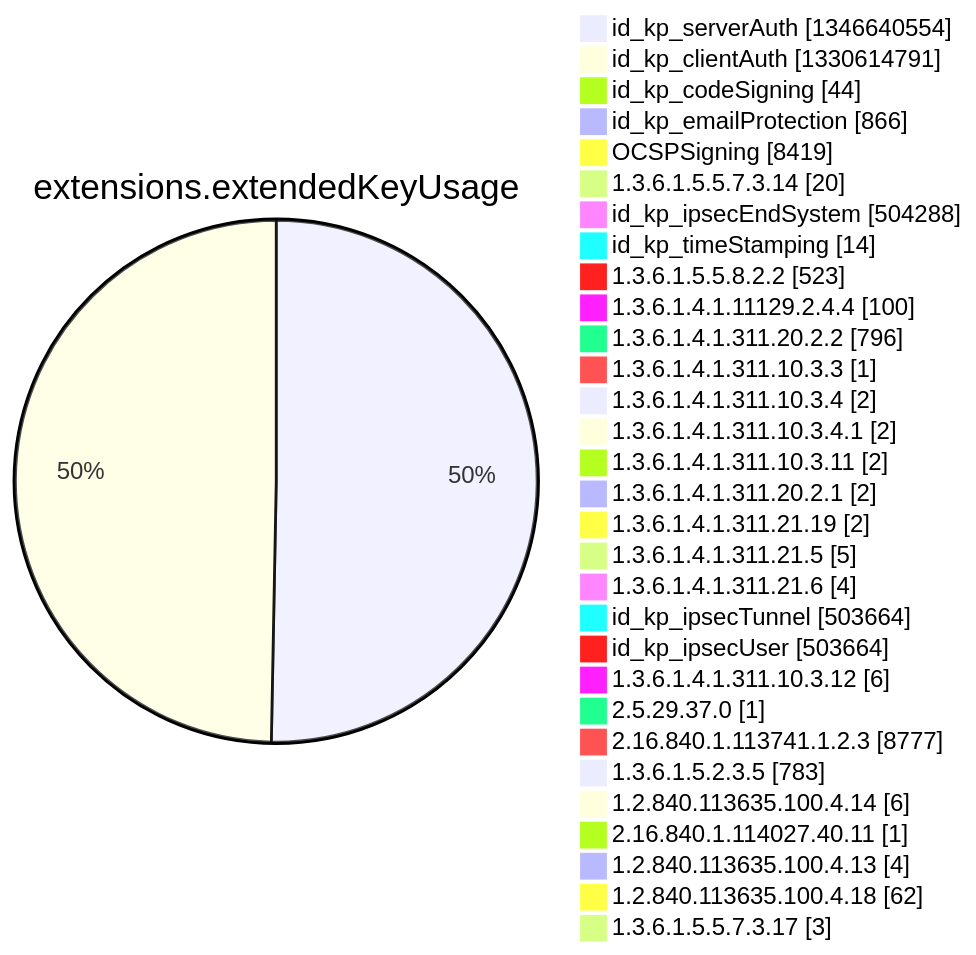
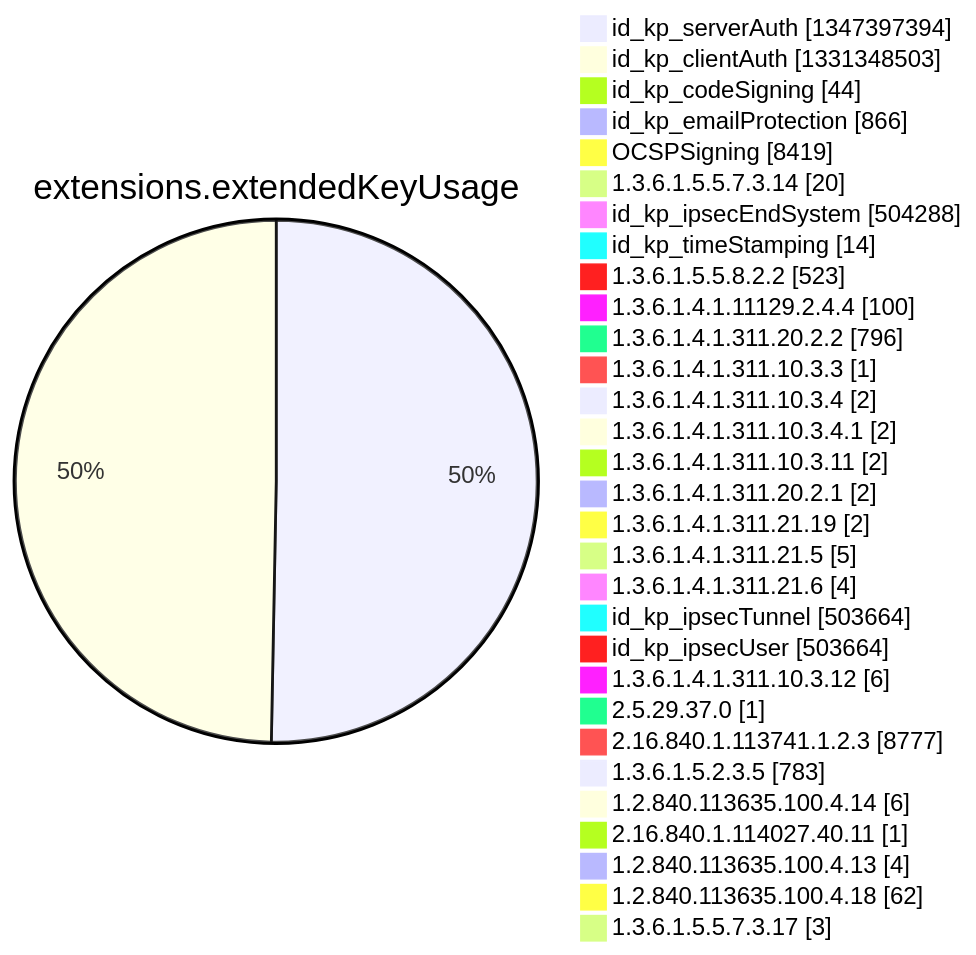
Before and after one commit to christiankrug/ctmonitor_visualization: diagram 12 of 15 in argon2022/README.md, drawn with Mermaid. The commit also changed other lines of this file, not shown here.

````diff
--- a/argon2022/README.md
+++ b/argon2022/README.md
@@ -3553,34 +3553,34 @@
 ```mermaid
 pie showData
 title extensions.extendedKeyUsage
-"id_kp_serverAuth" :1346640554
-"id_kp_clientAuth" :1330614791
+"id_kp_serverAuth" :1347397394
+"id_kp_clientAuth" :1331348503
 "id_kp_codeSigning" :44
 "id_kp_emailProtection" :866
 "OCSPSigning" :8419
 "1.3.6.1.5.5.7.3.14" :20
 "id_kp_ipsecEndSystem" :504288
 "id_kp_timeStamping" :14
 "1.3.6.1.5.5.8.2.2" :523
 "1.3.6.1.4.1.11129.2.4.4" :100
 "1.3.6.1.4.1.311.20.2.2" :796
 "1.3.6.1.4.1.311.10.3.3" :1
 "1.3.6.1.4.1.311.10.3.4" :2
 "1.3.6.1.4.1.311.10.3.4.1" :2
 "1.3.6.1.4.1.311.10.3.11" :2
 "1.3.6.1.4.1.311.20.2.1" :2
 "1.3.6.1.4.1.311.21.19" :2
 "1.3.6.1.4.1.311.21.5" :5
 "1.3.6.1.4.1.311.21.6" :4
 "id_kp_ipsecTunnel" :503664
 "id_kp_ipsecUser" :503664
 "1.3.6.1.4.1.311.10.3.12" :6
 "2.5.29.37.0" :1
 "2.16.840.1.113741.1.2.3" :8777
 "1.3.6.1.5.2.3.5" :783
 "1.2.840.113635.100.4.14" :6
 "2.16.840.1.114027.40.11" :1
 "1.2.840.113635.100.4.13" :4
 "1.2.840.113635.100.4.18" :62
 "1.3.6.1.5.5.7.3.17" :3
 ```
````
